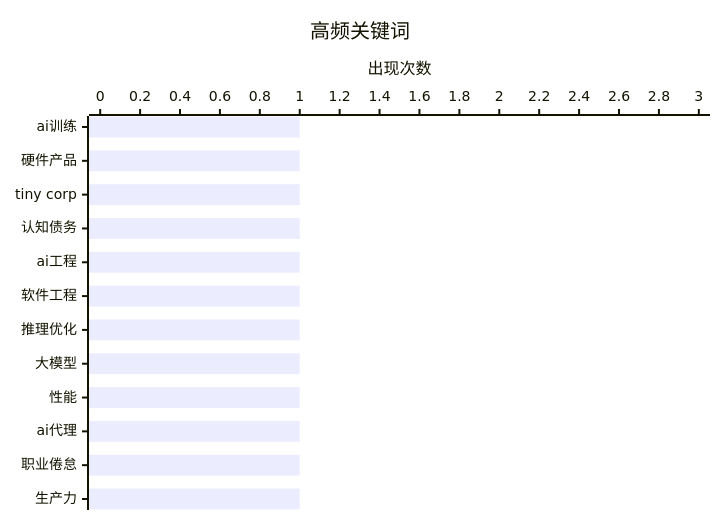
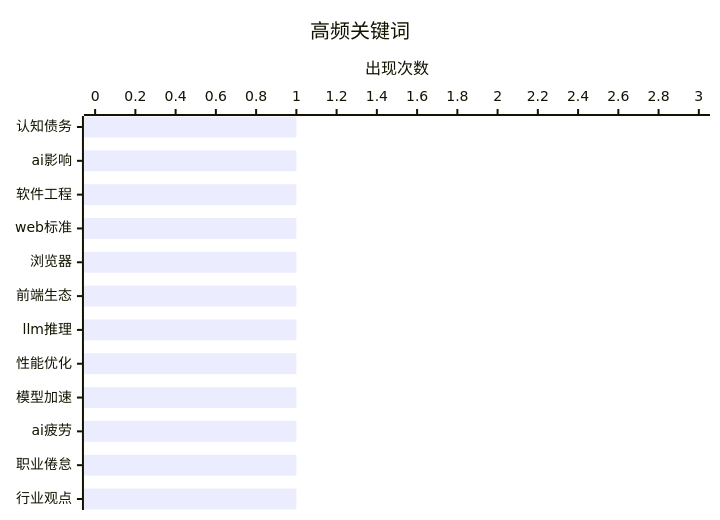
The second of 2 diagrams in reports/digest-20260216.md (CoderDoubleflower/ai-daily-digest), drawn with Mermaid before and after one commit. The commit also changed other lines of this file, not shown here.

````diff
--- a/reports/digest-20260216.md
+++ b/reports/digest-20260216.md
@@ -65,7 +65,7 @@
 ```mermaid
 xychart-beta horizontal
     title "高频关键词"
-    x-axis ["ai训练", "硬件产品", "tiny corp", "认知债务", "ai工程", "软件工程", "推理优化", "大模型", "性能", "ai代理", "职业倦怠", "生产力"]
+    x-axis ["认知债务", "ai影响", "软件工程", "web标准", "浏览器", "前端生态", "llm推理", "性能优化", "模型加速", "ai疲劳", "职业倦怠", "行业观点"]
     y-axis "出现次数" 0 --> 3
     bar [1, 1, 1, 1, 1, 1, 1, 1, 1, 1, 1, 1]
 ```
````
